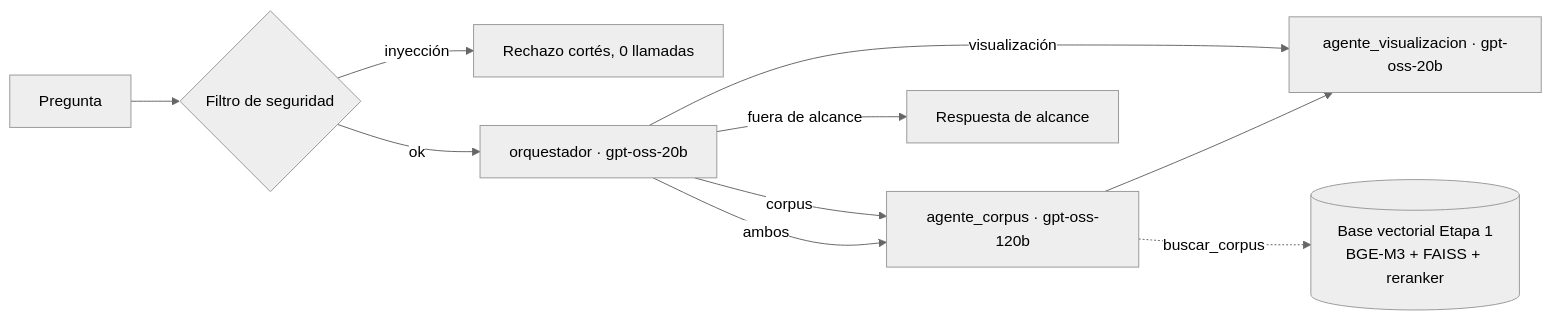
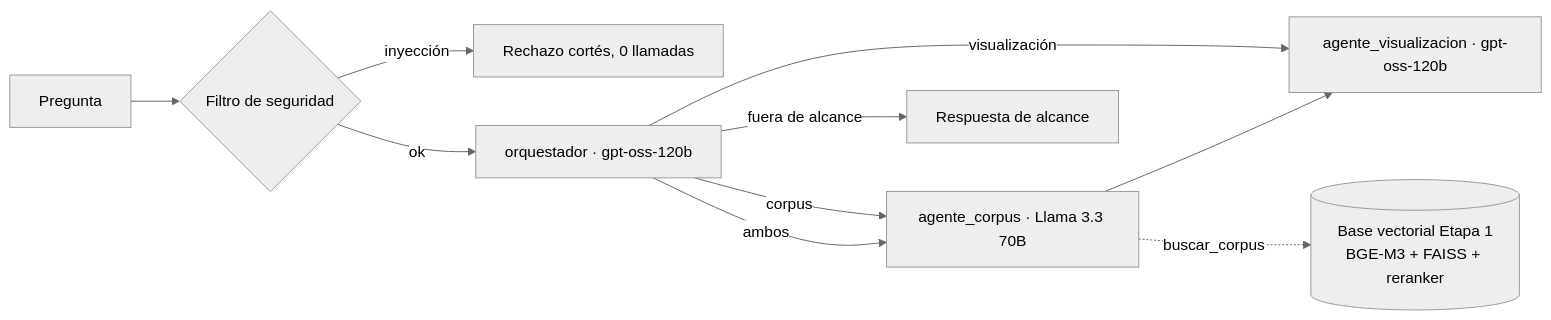
One commit to JuanMCanchala/codefest-adastra changed the diagram in agent/README.md. Above: the diagram before and after it, drawn with Mermaid (neutral theme). The commit also changed other lines of this file and 3 other files, not shown here.

````diff
--- a/agent/README.md
+++ b/agent/README.md
@@ -15,11 +15,11 @@
 ```mermaid
 flowchart LR
     U[Pregunta] --> G{Filtro de seguridad}
     G -- inyección --> R[Rechazo cortés, 0 llamadas]
-    G -- ok --> O[orquestador · gpt-oss-20b]
-    O -- corpus --> C[agente_corpus · gpt-oss-120b]
-    O -- visualización --> V[agente_visualizacion · gpt-oss-20b]
+    G -- ok --> O[orquestador · gpt-oss-120b]
+    O -- corpus --> C[agente_corpus · Llama 3.3 70B]
+    O -- visualización --> V[agente_visualizacion · gpt-oss-120b]
     O -- ambos --> C --> V
     O -- fuera de alcance --> F[Respuesta de alcance]
     C -. buscar_corpus .-> B[(Base vectorial Etapa 1<br/>BGE-M3 + FAISS + reranker)]
 ```
````
